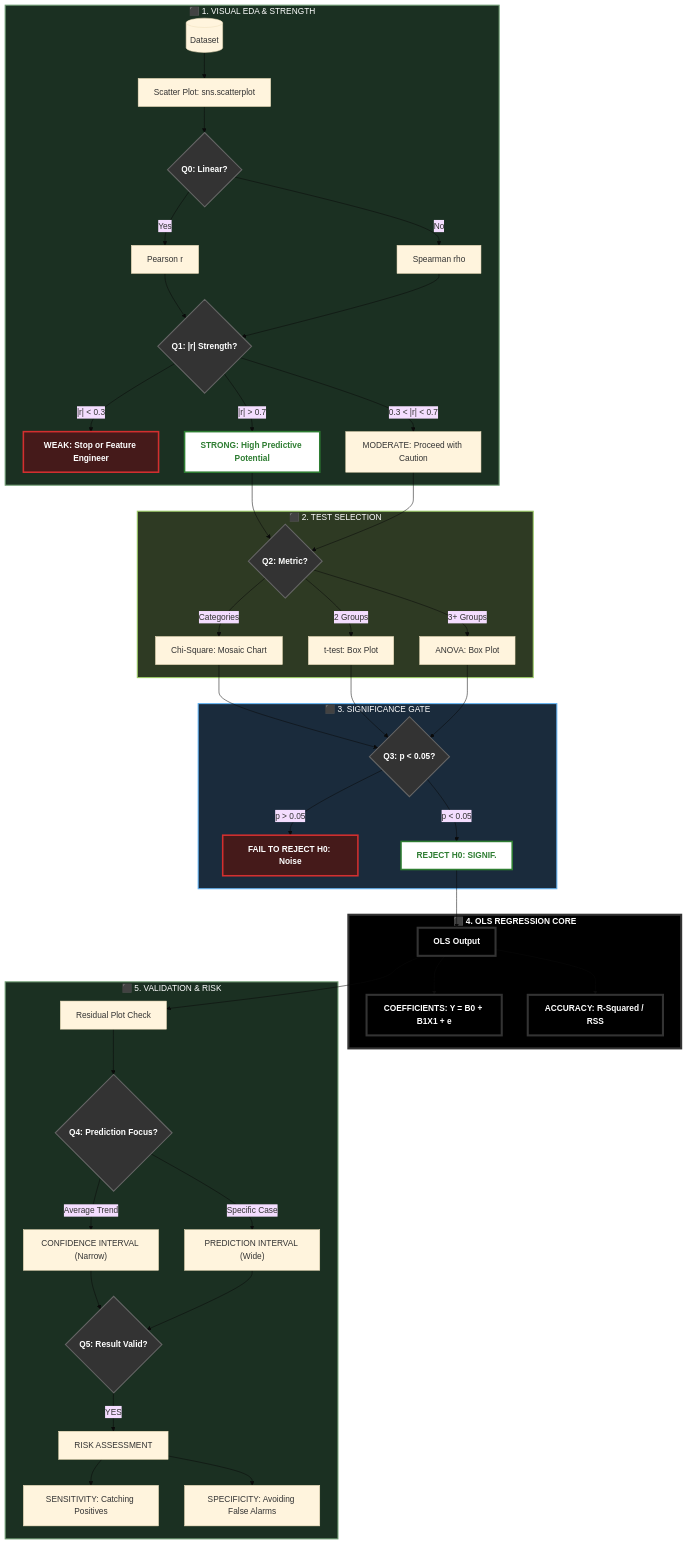
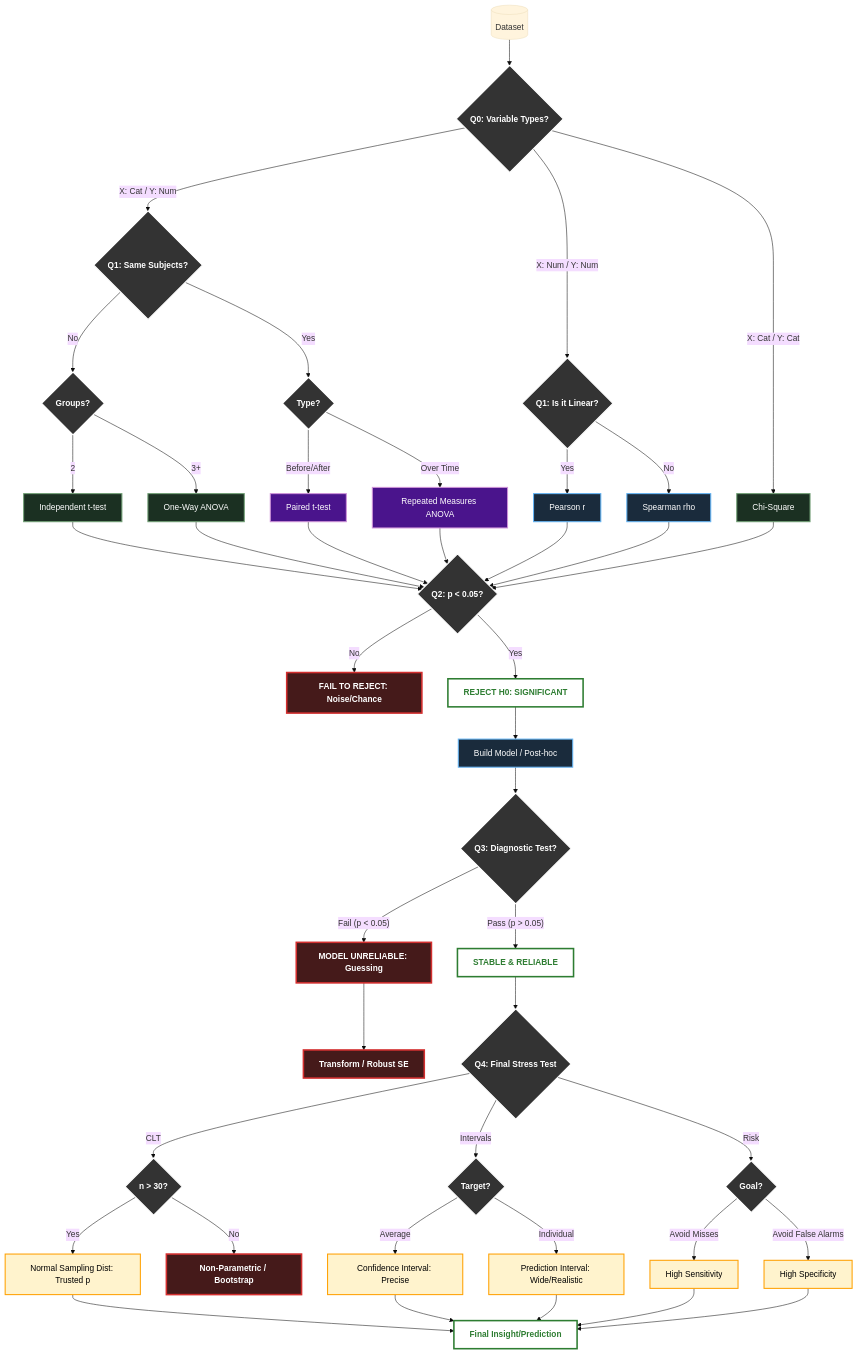
The first of 12 diagrams in README.md (susanavenda/data_cambridge), drawn with Mermaid (base theme) before and after one commit.

````diff
--- a/README.md
+++ b/README.md
@@ -16,87 +18,72 @@
 ```mermaid
 graph TD
-    %% STYLE DEFINITIONS - DARK MODE
-    classDef strategic fill:#1b3022,stroke:#72a076,stroke-width:2px,color:#ffffff;
-    classDef distribution fill:#2e3a23,stroke:#9ccc65,stroke-width:2px,color:#ffffff;
-    classDef execution fill:#1a2b3c,stroke:#64b5f6,stroke-width:2px,color:#ffffff;
-    classDef modeling fill:#000000,stroke:#333333,stroke-width:4px,color:#ffffff,font-weight:bold;
-    classDef decision fill:#333333,stroke:#666666,stroke-width:2px,color:#ffffff,font-weight:bold;
+    %% STYLE DEFINITIONS
+    classDef gate fill:#333333,stroke:#fff,stroke-width:2px,color:#fff,font-weight:bold;
+    classDef categorical fill:#1b3022,stroke:#72a076,stroke-width:2px,color:#fff;
+    classDef numerical fill:#1a2b3c,stroke:#64b5f6,stroke-width:2px,color:#fff;
     classDef success fill:#ffffff,stroke:#2e7d32,stroke-width:3px,color:#2e7d32,font-weight:bold;
     classDef error fill:#451a1a,stroke:#d32f2f,stroke-width:3px,color:#ffffff,font-weight:bold;
+    classDef diagnostic fill:#fff3cd,stroke:#ffa000,stroke-width:2px,color:#000;
+    classDef time fill:#4a148c,stroke:#ce93d8,stroke-width:2px,color:#fff;
 
-    %% 1. VISUAL EDA & STRENGTH CHECK
-    subgraph S1 [⬛ 1. VISUAL EDA & STRENGTH]
-        A1[(Dataset)] --> A2["Scatter Plot: sns.scatterplot"]
-        A2 --> B1{Q0: Linear?}
-        B1 -- "Yes" --> C1["Pearson r"]
-        B1 -- "No" --> C2["Spearman rho"]
-        
-        C1 --> S_Check{"Q1: |r| Strength?"}
-        C2 --> S_Check
-        
-        S_Check -- "|r| < 0.3" --> S_Weak["WEAK: Stop or Feature Engineer"]
-        S_Check -- "0.3 < |r| < 0.7" --> S_Mod["MODERATE: Proceed with Caution"]
-        S_Check -- "|r| > 0.7" --> S_Strong["STRONG: High Predictive Potential"]
-    end
-    class S1 strategic;
-    class S_Weak error;
-    class S_Strong success;
+    %% 0. DATA TYPE GATE
+    Start[(Dataset)] --> TypeGate{Q0: Variable Types?}
 
-    %% 2. BUSINESS LOGIC & TEST SELECTION
-    subgraph S2 [⬛ 2. TEST SELECTION]
-        S_Strong --> Metric{Q2: Metric?}
-        S_Mod --> Metric
-        
-        Metric -- "Categories" --> Chi["Chi-Square: Mosaic Chart"]
-        Metric -- "2 Groups" --> TTest["t-test: Box Plot"]
-        Metric -- "3+ Groups" --> ANOVA["ANOVA: Box Plot"]
-    end
-    class S2 distribution;
+    %% ROUTES
+    TypeGate -- "X: Cat / Y: Num" --> Independent{Q1: Same Subjects?}
+    Independent -- "No" --> Groups{Groups?}
+    Groups -- "2" --> TTest["Independent t-test"]
+    Groups -- "3+" --> ANOVA["One-Way ANOVA"]
+    Independent -- "Yes" --> Time{Type?}
+    Time -- "Before/After" --> Paired["Paired t-test"]
+    Time -- "Over Time" --> RepANOVA["Repeated Measures ANOVA"]
 
-    %% 3. SIGNIFICANCE GATE
-    subgraph S3 [⬛ 3. SIGNIFICANCE GATE]
-        Chi --> F1{Q3: p < 0.05?}
-        TTest --> F1
-        ANOVA --> F1
-        
-        F1 -- "p > 0.05" --> H0_Outcome["FAIL TO REJECT H0: Noise"]
-        F1 -- "p < 0.05" --> H1_Outcome["REJECT H0: SIGNIF."]
-    end
-    class S3 execution;
-    class H0_Outcome error;
-    class H1_Outcome success;
+    TypeGate -- "X: Num / Y: Num" --> Linear{Q1: Is it Linear?}
+    Linear -- "Yes" --> Pearson["Pearson r"]
+    Linear -- "No" --> Spearman["Spearman rho"]
 
-    %% 4. OLS REGRESSION CORE (The Engine)
-    subgraph S4 [⬛ 4. OLS REGRESSION CORE]
-        H1_Outcome --> G1["OLS ENGINE: sm.OLS(y, X).fit()"]
-        G1 --> G2["COEFFICIENTS: Y = B0 + B1X1 + e"]
-        G1 --> G3["ACCURACY: R-Squared / RSS"]
-    end
-    class S4 modeling;
-    class G1,G2,G3 modeling;
+    TypeGate -- "X: Cat / Y: Cat" --> Chi2["Chi-Square"]
 
-    %% 5. VALIDATION & RISK (The Safety Check)
-    subgraph S5 [⬛ 5. VALIDATION & RISK]
-        G1["OLS Output"] --> H1["Residual Plot Check"]
-        
-        %% PREDICTION VS CONFIDENCE
-        H1 --> Focus{"Q4: Prediction Focus?"}
-        Focus -- "Average Trend" --> CI["CONFIDENCE INTERVAL (Narrow)"]
-        Focus -- "Specific Case" --> PI["PREDICTION INTERVAL (Wide)"]
-        
-        %% RISK ASSESSMENT
-        CI --> H2{"Q5: Result Valid?"}
-        PI --> H2
-        
-        H2 -- "YES" --> Metrics["RISK ASSESSMENT"]
-        Metrics --> Sens["SENSITIVITY: Catching Positives"]
-        Metrics --> Spec["SPECIFICITY: Avoiding False Alarms"]
-    end
-    class S5 strategic;
-    class H2,Focus decision;
-    class Success success;
-    class Fail error;
+    %% 1. SIGNIFICANCE GATE
+    TTest & ANOVA & Pearson & Spearman & Chi2 & Paired & RepANOVA --> SigGate{Q2: p < 0.05?}
+    SigGate -- "No" --> H0["FAIL TO REJECT: Noise/Chance"]
+    SigGate -- "Yes" --> H1["REJECT H0: SIGNIFICANT"]
+
+    %% 2. THE QUALITY FILTER
+    H1 --> Model["Build Model / Post-hoc"]
+    Model --> BP{Q3: Diagnostic Test?}
+    BP -- "Fail (p < 0.05)" --> Guess["MODEL UNRELIABLE: Guessing"]
+    BP -- "Pass (p > 0.05)" --> Stable["STABLE & RELIABLE"]
+    Guess --> Transform["Transform / Robust SE"]
+
+    %% 3. REFINED FINAL DIAGNOSTIC CHECKPOINTS
+    Stable --> CheckGate{Q4: Final Stress Test}
+
+    %% CLT BRANCH
+    CheckGate -- "CLT" --> NCheck{n > 30?}
+    NCheck -- "Yes" --> Normal["Normal Sampling Dist: Trusted p"]
+    NCheck -- "No" --> NonParam["Non-Parametric / Bootstrap"]
+
+    %% INTERVAL BRANCH
+    CheckGate -- "Intervals" --> Goal{Target?}
+    Goal -- "Average" --> CI["Confidence Interval: Precise"]
+    Goal -- "Individual" --> PI["Prediction Interval: Wide/Realistic"]
+
+    %% RISK BRANCH
+    CheckGate -- "Risk" --> Tradeoff{Goal?}
+    Tradeoff -- "Avoid Misses" --> Sens["High Sensitivity"]
+    Tradeoff -- "Avoid False Alarms" --> Spec["High Specificity"]
+
+    %% CONVERGENCE
+    Normal & CI & PI & Sens & Spec --> Deploy["Final Insight/Prediction"]
 
     %% APPLY CLASSES
-    class B1,S_Check,Metric,F1,Focus,H2 decision;
+    class TypeGate,Independent,Groups,Time,Linear,SigGate,BP,CheckGate,NCheck,Goal,Tradeoff gate;
+    class TTest,ANOVA,Chi2 categorical;
+    class Pearson,Spearman,Model numerical;
+    class Paired,RepANOVA time;
+    class H1,Stable,Deploy success;
+    class H0,Guess,Transform,NonParam error;
+    class Normal,CI,PI,Sens,Spec diagnostic;
+  
 ```
````
